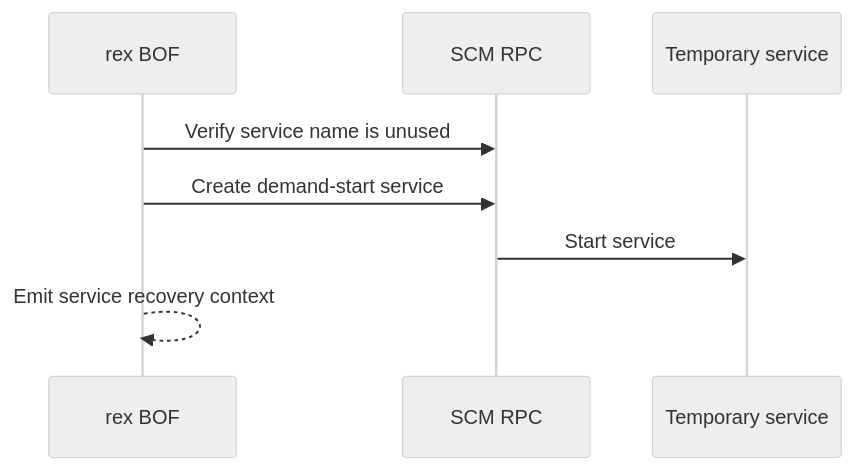
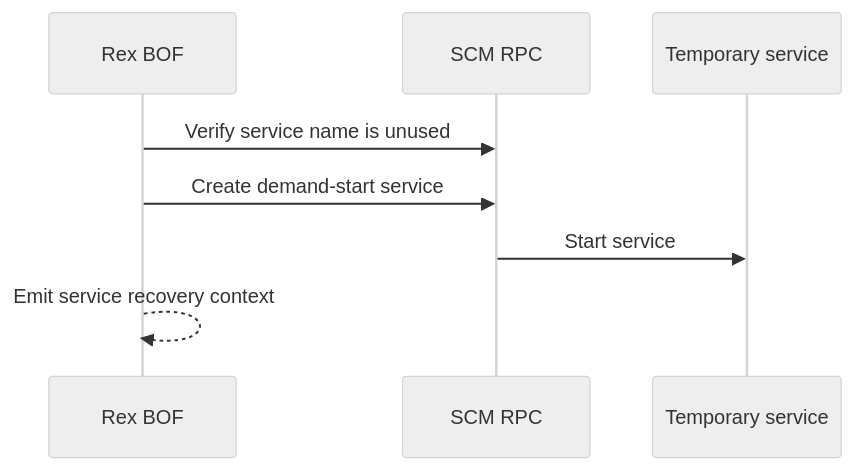
One commit to rubyattack3r/Rex-BOF changed the diagram in docs/techniques/scmcreateservice.md. Above: the diagram before and after it, drawn with Mermaid (neutral theme). The commit also changed other lines of this file and 75 other files, not shown here.

````diff
--- a/docs/techniques/scmcreateservice.md
+++ b/docs/techniques/scmcreateservice.md
@@ -7,10 +8,10 @@
 ```mermaid
 sequenceDiagram
-    participant B as rex BOF
+    participant B as Rex BOF
     participant C as SCM RPC
     participant S as Temporary service
     B->>C: Verify service name is unused
     B->>C: Create demand-start service
     C->>S: Start service
     B-->>B: Emit service recovery context
 ```
````
